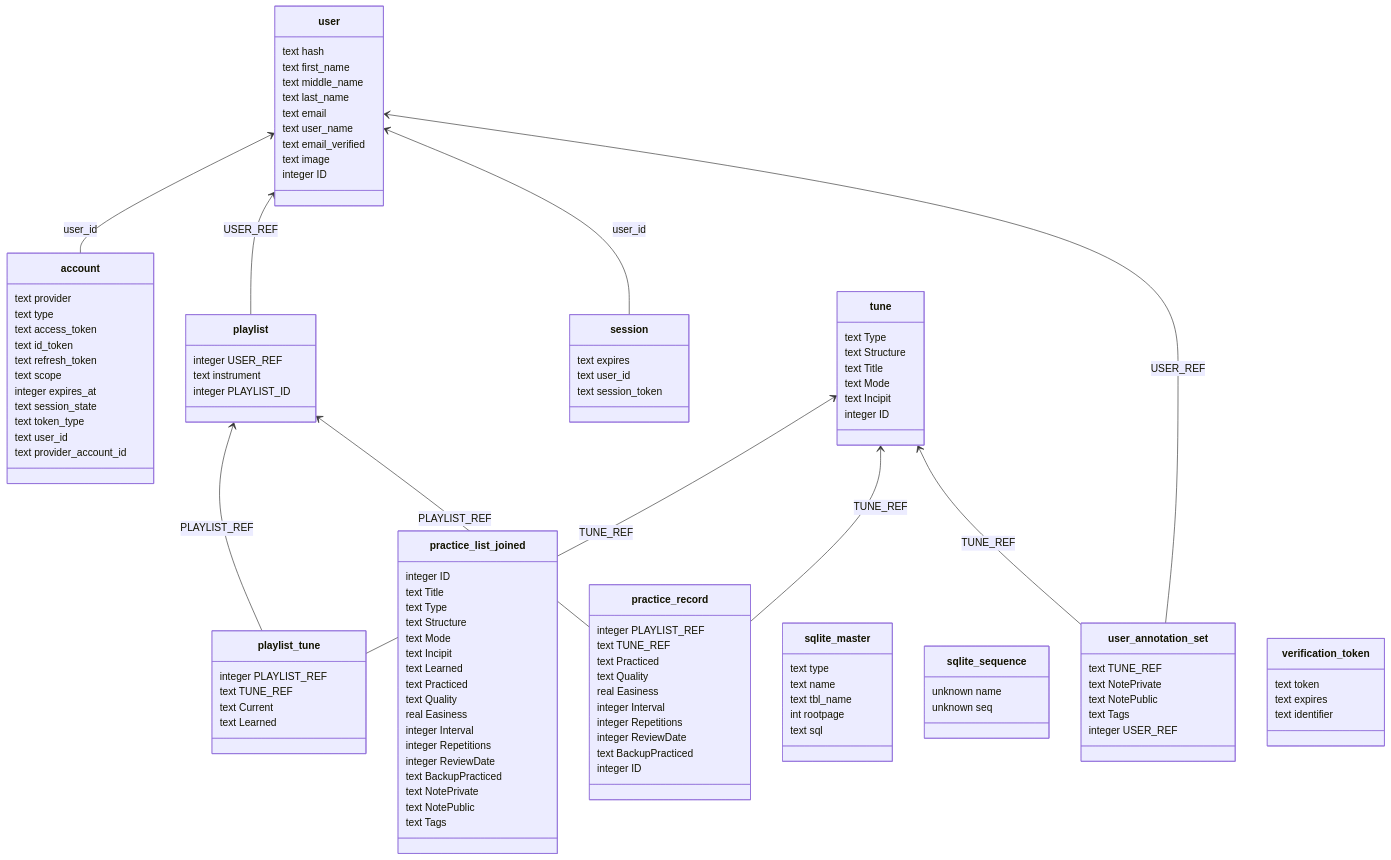
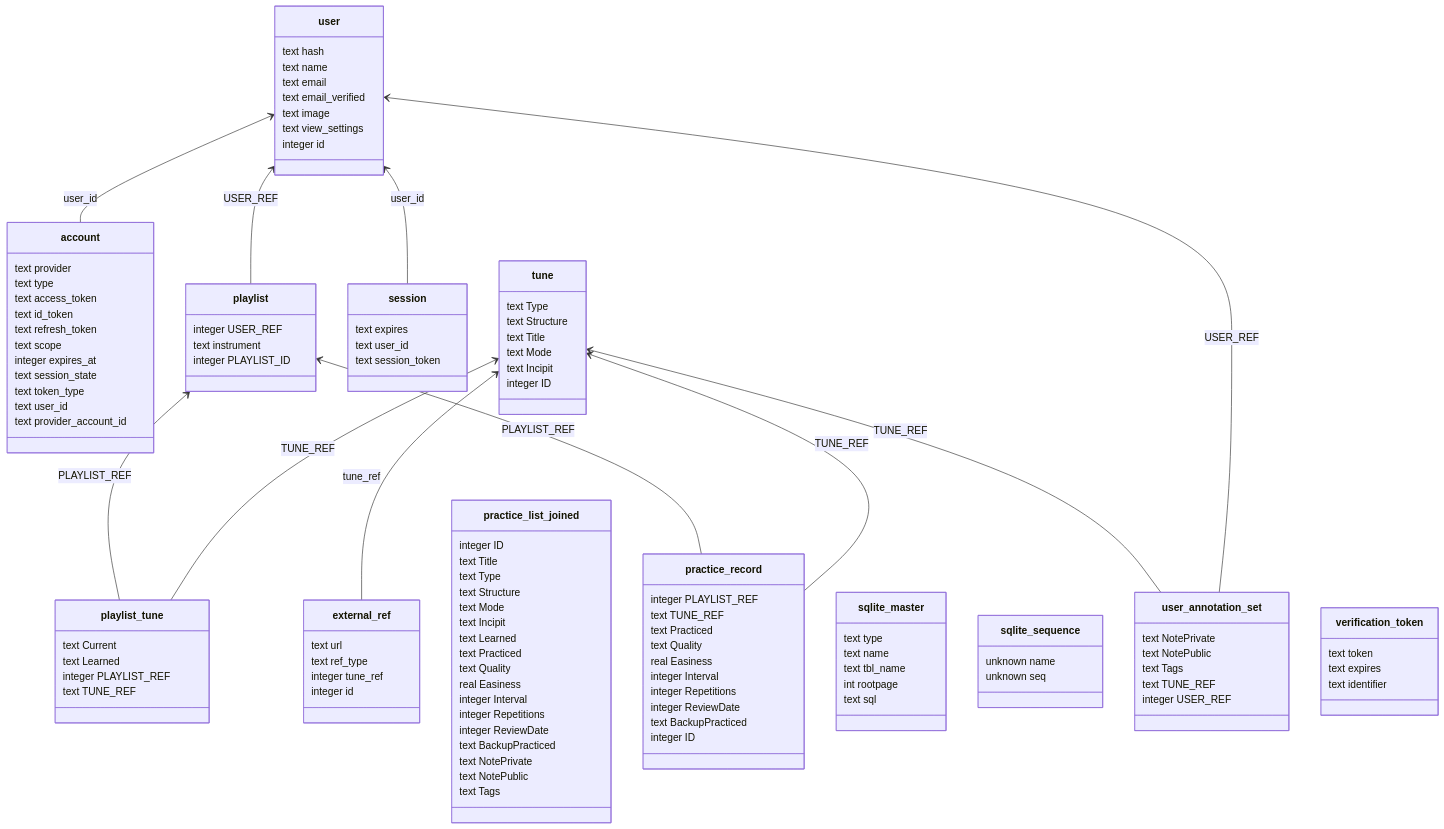
The third of 3 diagrams in README.md (sboagy/tunetrees), drawn with Mermaid before and after one commit. The commit also changed 2 other files, not shown here.

Commit message:
🚧 Add back a (currently unused) practice_list_joined, and update the erd diagram

```diff
--- a/README.md
+++ b/README.md
@@ -81,16 +81,22 @@
    text user_id
    text provider_account_id
 }
+class external_ref {
+   text url
+   text ref_type
+   integer tune_ref
+   integer id
+}
 class playlist {
    integer USER_REF
    text instrument
    integer PLAYLIST_ID
 }
 class playlist_tune {
+   text Current
+   text Learned
    integer PLAYLIST_REF
    text TUNE_REF
-   text Current
-   text Learned
 }
 class practice_list_joined {
    integer ID
@@ -149,20 +155,18 @@
 }
 class user {
    text hash
-   text first_name
-   text middle_name
-   text last_name
+   text name
    text email
-   text user_name
    text email_verified
    text image
-   integer ID
+   text view_settings
+   integer id
 }
 class user_annotation_set {
-   text TUNE_REF
    text NotePrivate
    text NotePublic
    text Tags
+   text TUNE_REF
    integer USER_REF
 }
 class verification_token {
@@ -172,6 +176,7 @@
 }
 
 account  -->  user : user_id
+external_ref  -->  tune : tune_ref
 playlist  -->  user : USER_REF
 playlist_tune  -->  playlist : PLAYLIST_REF
 playlist_tune  -->  tune : TUNE_REF
```
